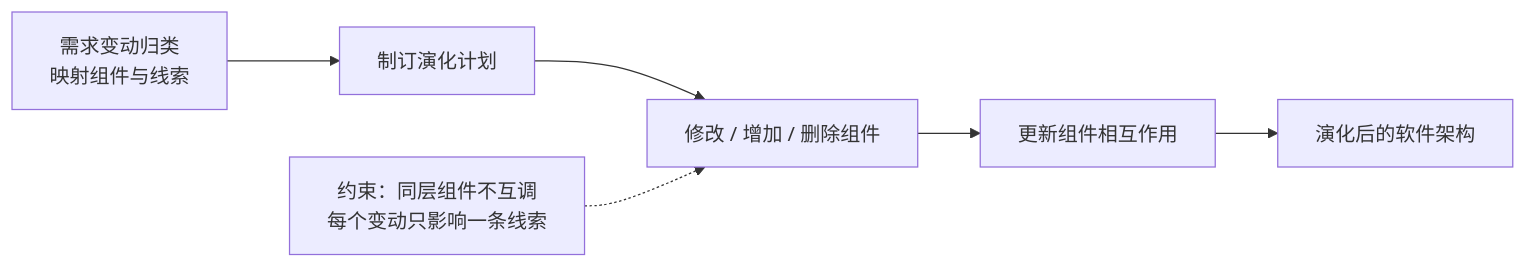
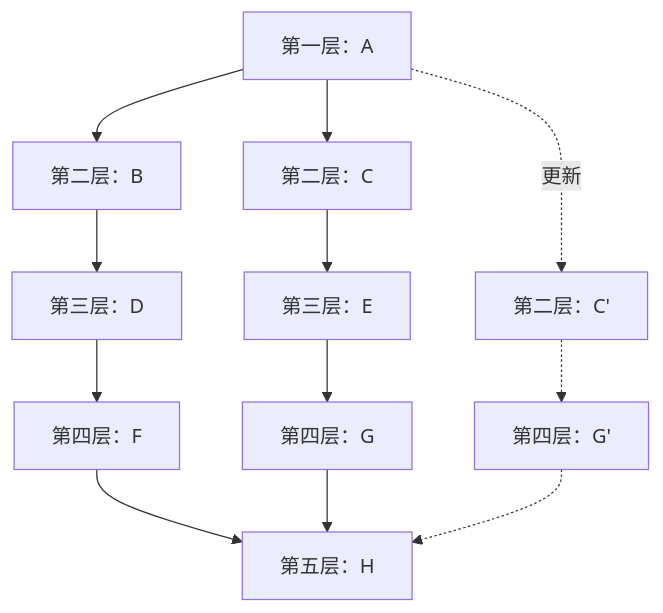
Before and after one commit to YoungHong1992/ruankao-senior-architecture-designer: the fifth of 20 diagrams in 01.系统架构设计师教材-清洗版/第10章-软件架构的演化和维护.md, drawn with Mermaid. The commit also changed other lines of this file and 24 other files, not shown here.

````diff
--- a/01.系统架构设计师教材-清洗版/第10章-软件架构的演化和维护.md
+++ b/01.系统架构设计师教材-清洗版/第10章-软件架构的演化和维护.md
@@ -256,5 +316,10 @@
 ```mermaid
-flowchart LR
-    Change["需求变动归类\n映射组件与线索"] --> Plan["制订演化计划"] --> Components["修改 / 增加 / 删除组件"] --> Interaction["更新组件相互作用"] --> Result["演化后的软件架构"]
-    Constraint["约束：同层组件不互调\n每个变动只影响一条线索"] -.-> Components
+flowchart TB
+    A["第一层：A"] --> B["第二层：B"]
+    A --> C["第二层：C"]
+    B --> D["第三层：D"] --> F["第四层：F"] --> H["第五层：H"]
+    C --> E["第三层：E"] --> G["第四层：G"] --> H
+    A -.->|"更新"| Cp["第二层：C'"]
+    Cp -.-> Gp["第四层：G'"]
+    Gp -.-> H
 ```
````
